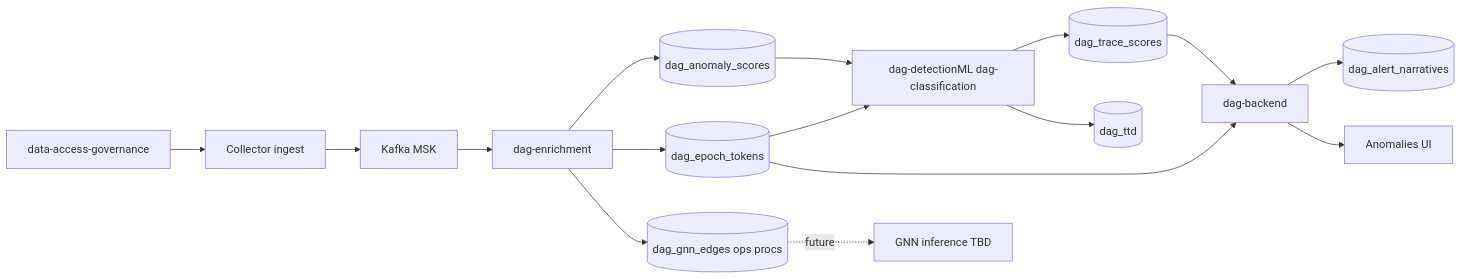
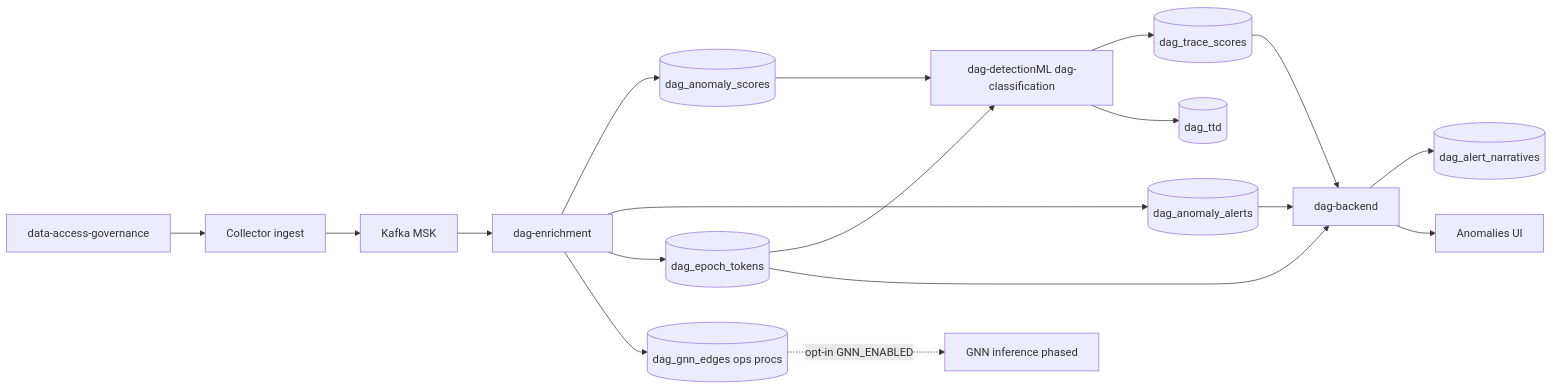
One commit to hilt-ai/docs changed the diagram in dev/detection-ml/overview.mdx. Above: the diagram before and after it, drawn with Mermaid. The commit also changed other lines of this file and 44 other files, not shown here.

````diff
--- a/dev/detection-ml/overview.mdx
+++ b/dev/detection-ml/overview.mdx
@@ -29,18 +31,20 @@
 ```mermaid
 flowchart LR
   eBPF[data-access-governance] --> ingest[Collector ingest]
   ingest --> kafka[Kafka MSK]
   kafka --> enrich[dag-enrichment]
   enrich --> scores[(dag_anomaly_scores)]
+  enrich --> alerts[(dag_anomaly_alerts)]
   enrich --> tokens[(dag_epoch_tokens)]
   enrich --> gnnTables[(dag_gnn_edges ops procs)]
   scores --> ml[dag-detectionML dag-classification]
   tokens --> ml
   ml --> traceScores[(dag_trace_scores)]
   ml --> ttd[(dag_ttd)]
   traceScores --> backend[dag-backend]
+  alerts --> backend
   tokens --> backend
   backend --> narratives[(dag_alert_narratives)]
   backend --> frontend[Anomalies UI]
-  gnnTables -.future.-> gnnInfer[GNN inference TBD]
+  gnnTables -.opt-in GNN_ENABLED.-> gnnInfer[GNN inference phased]
 ```
````
